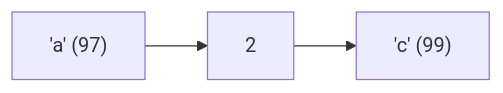
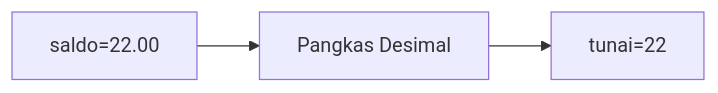
One commit to amnahwaida/OSNK_INF_PREP changed the seventh of 25 diagrams in part-c-pemahaman-cpp/01-tipe-data/latihan/set-04.md. Above: the diagram before and after it, drawn with Mermaid. The commit also changed other lines of this file and 71 other files, not shown here.

````diff
--- a/part-c-pemahaman-cpp/01-tipe-data/latihan/set-04.md
+++ b/part-c-pemahaman-cpp/01-tipe-data/latihan/set-04.md
@@ -183,5 +192,5 @@
 ```mermaid
 graph LR
-A["'a' (97)"] --> B["2"]
-B --> C["'c' (99)"]
+A["saldo=22.00"] --> B["Pangkas Desimal"]
+B --> C["tunai=22"]
 ```
````
